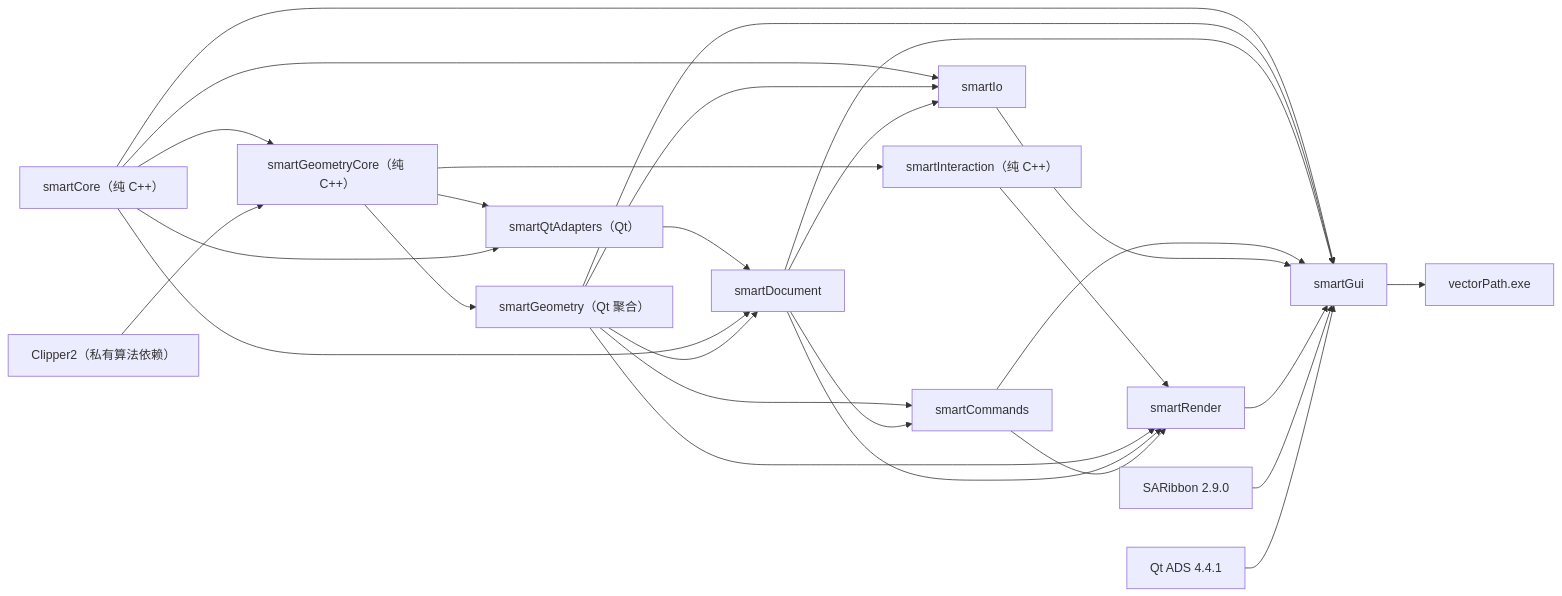
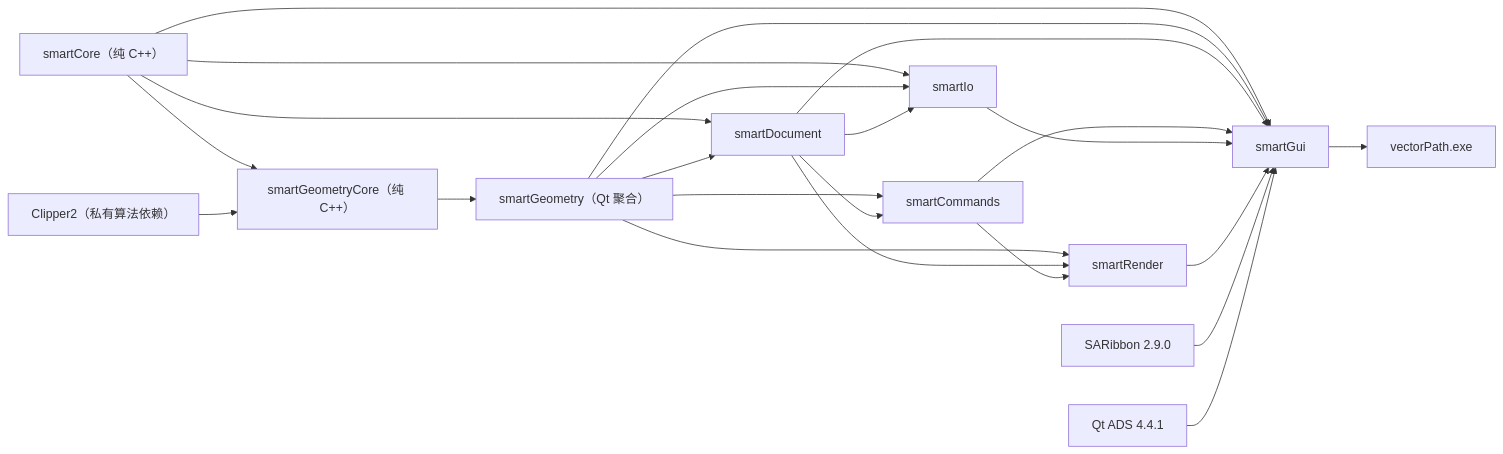
Before and after one commit to HJX0201/vectorPath: the first of 5 diagrams in sgraphDocs/CODEBASE_REFERENCE.md, drawn with Mermaid. The commit also changed other lines of this file and 84 other files, not shown here.

````diff
--- a/sgraphDocs/CODEBASE_REFERENCE.md
+++ b/sgraphDocs/CODEBASE_REFERENCE.md
@@ -81,30 +80,25 @@
 ```mermaid
 flowchart LR
     Core["smartCore（纯 C++）"] --> GeometryCore["smartGeometryCore（纯 C++）"]
     GeometryCore --> Geometry["smartGeometry（Qt 聚合）"]
-    GeometryCore --> Interaction["smartInteraction（纯 C++）"]
-    GeometryCore --> Adapters["smartQtAdapters（Qt）"]
-    Core --> Adapters
-    Adapters --> Document["smartDocument"]
-    Interaction --> Render["smartRender"]
     Core --> Document["smartDocument"]
     Geometry --> Document
     Geometry --> Commands["smartCommands"]
     Document --> Commands
     Core --> Io["smartIo"]
     Geometry --> Io
     Document --> Io
     Geometry --> Render["smartRender"]
     Document --> Render
     Commands --> Render
     Core --> Gui["smartGui"]
     Geometry --> Gui
     Document --> Gui
     Commands --> Gui
     Io --> Gui
     Render --> Gui
     Gui --> App["vectorPath.exe"]
     Clipper2["Clipper2（私有算法依赖）"] --> GeometryCore
     Ribbon["SARibbon 2.9.0"] --> Gui
     ADS["Qt ADS 4.4.1"] --> Gui
 ```
````
